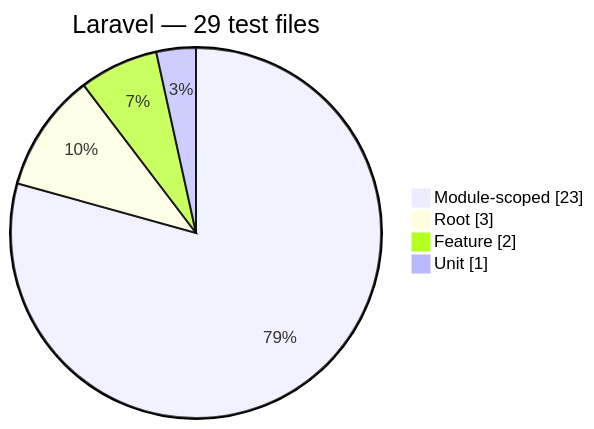
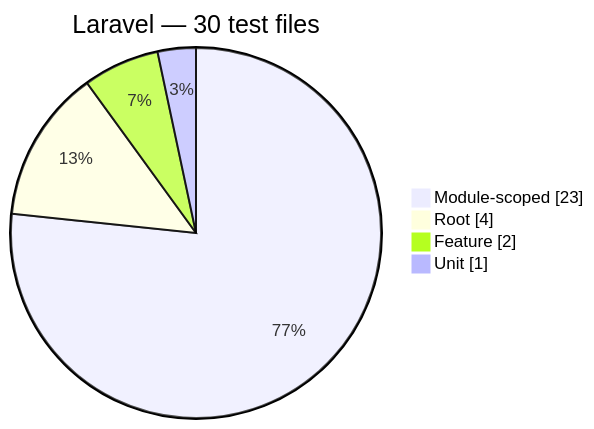
One commit to Mohammed-Alama/php-arazzo changed diagram 12 of 12 in docs/generated/test-composition.md. Above: the diagram before and after it, drawn with Mermaid. The commit also changed other lines of this file and 21 other files, not shown here.

````diff
--- a/docs/generated/test-composition.md
+++ b/docs/generated/test-composition.md
@@ -172,8 +172,8 @@
 ```mermaid
 pie showData
-    title Laravel — 29 test files
+    title Laravel — 30 test files
     "Module-scoped": 23
-    "Root": 3
+    "Root": 4
     "Feature": 2
     "Unit": 1
 ```
````
